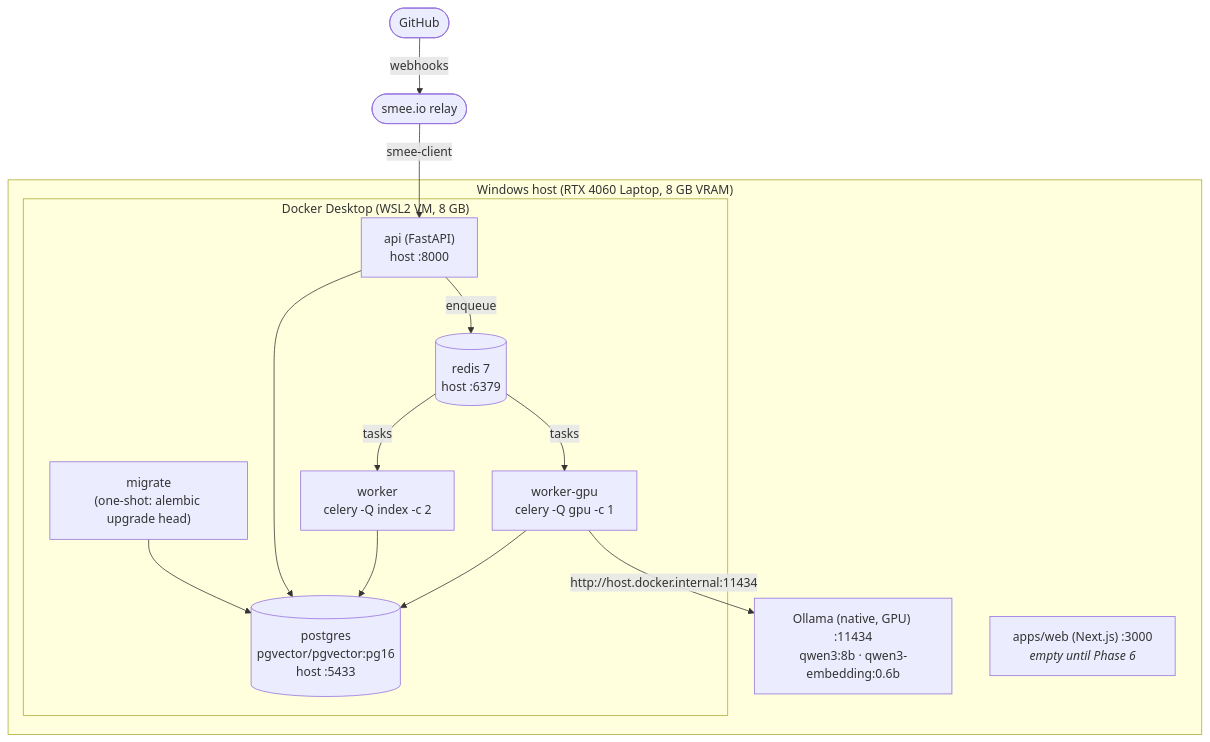
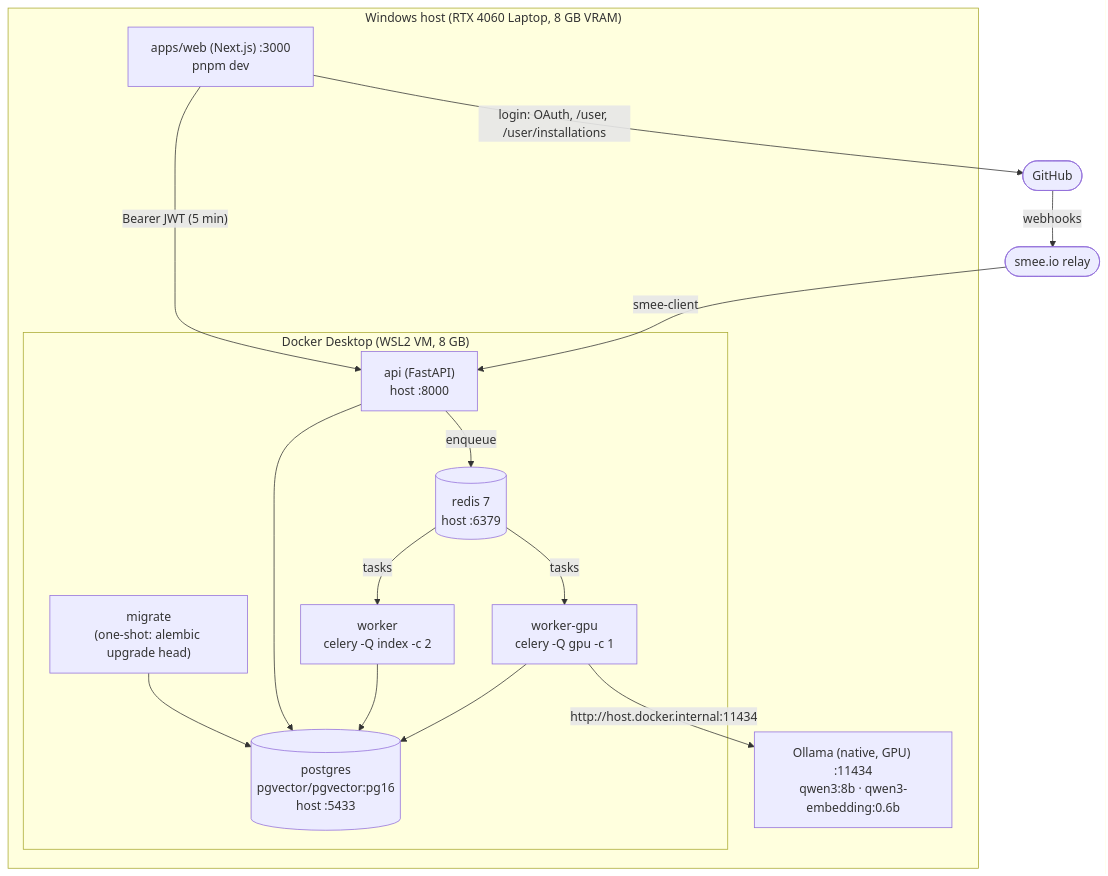
Before and after one commit to RAIF-KARANI/codelens: the second of 12 diagrams in architecture.md, drawn with Mermaid. The commit also changed other lines of this file and 36 other files, not shown here.

First line of the commit message:
feat(web): GitHub login, the server-side API client and the repos page (Phase 6 step 2) (#28)

````diff
--- a/architecture.md
+++ b/architecture.md
@@ -91,24 +92,26 @@
 ```mermaid
 flowchart TB
     subgraph host["Windows host (RTX 4060 Laptop, 8 GB VRAM)"]
         OL["Ollama (native, GPU) :11434<br/>qwen3:8b · qwen3-embedding:0.6b"]
-        WEB["apps/web (Next.js) :3000<br/><i>empty until Phase 6</i>"]
+        WEB["apps/web (Next.js) :3000<br/>pnpm dev"]
         subgraph docker["Docker Desktop (WSL2 VM, 8 GB)"]
             PG[("postgres<br/>pgvector/pgvector:pg16<br/>host :5433")]
             RD[("redis 7<br/>host :6379")]
             MIG["migrate<br/>(one-shot: alembic upgrade head)"]
             API["api (FastAPI)<br/>host :8000"]
             WI["worker<br/>celery -Q index -c 2"]
             WG["worker-gpu<br/>celery -Q gpu -c 1"]
         end
     end
+    WEB -- "Bearer JWT (5 min)" --> API
+    WEB -- "login: OAuth, /user, /user/installations" --> GH
     GH(["GitHub"]) -- webhooks --> SMEE(["smee.io relay"]) -- "smee-client" --> API
     MIG --> PG
     API --> PG
     API -- enqueue --> RD
     RD -- tasks --> WI
     RD -- tasks --> WG
     WI --> PG
     WG --> PG
     WG -- "http://host.docker.internal:11434" --> OL
 ```
````
